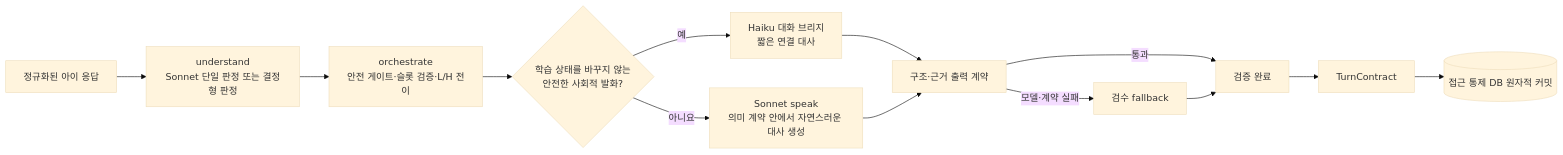
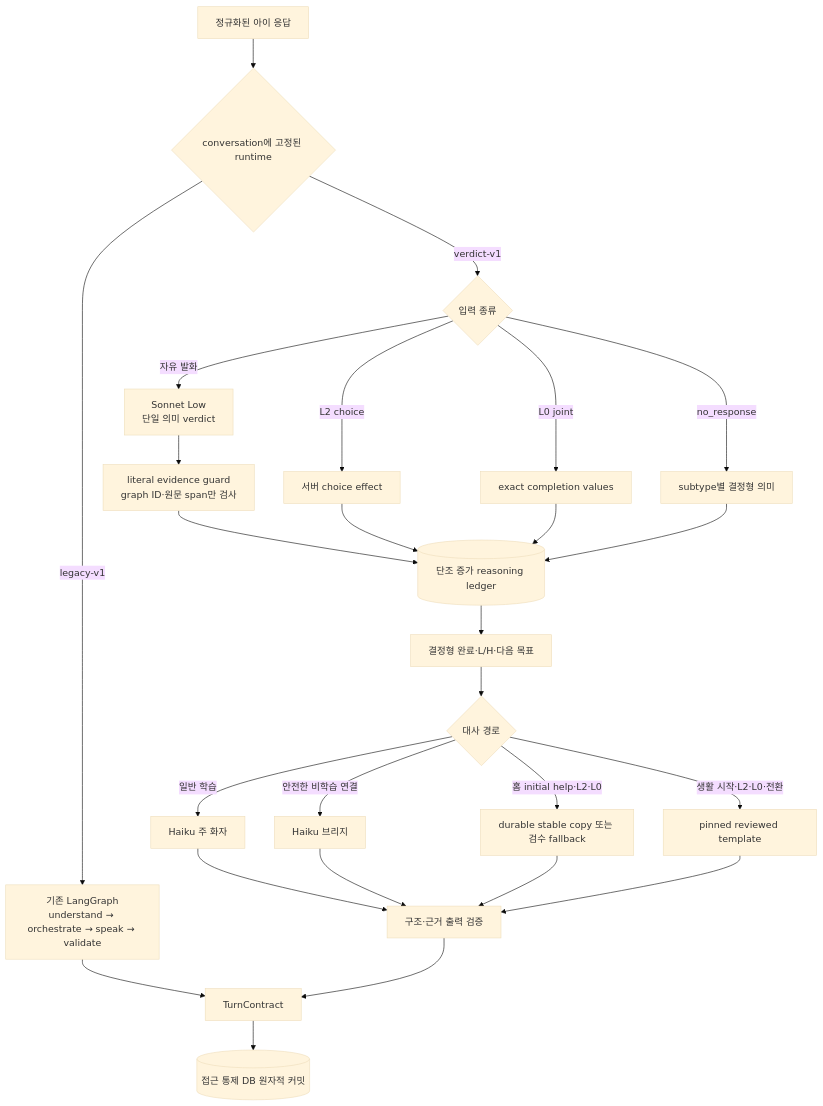
One commit to flyai-y2s2/Mormi-AI changed the second of 2 diagrams in docs/ARCHITECTURE.md. Above: the diagram before and after it, drawn with Mermaid (base theme). The commit also changed other lines of this file and 76 other files, not shown here.

Commit message:
refactor: add verdict-based dialogue runtime v2 (#50)

````diff
--- a/docs/ARCHITECTURE.md
+++ b/docs/ARCHITECTURE.md
@@ -170,15 +216,28 @@
 ```mermaid
-flowchart LR
-    A["정규화된 아이 응답"] --> B["understand\nSonnet 단일 판정 또는 결정형 판정"]
-    B --> C["orchestrate\n안전 게이트·슬롯 검증·L/H 전이"]
-    C --> H{"학습 상태를 바꾸지 않는\n안전한 사회적 발화?"}
-    H -- "예" --> I["Haiku 대화 브리지\n짧은 연결 대사"]
-    H -- "아니요" --> D["Sonnet speak\n의미 계약 안에서 자연스러운 대사 생성"]
-    I --> E["구조·근거 출력 계약"]
-    D --> E
-    E -- "통과" --> J["검증 완료"]
-    E -- "모델·계약 실패" --> K["검수 fallback"]
-    K --> J
-    J --> F["TurnContract"]
-    F --> G[("접근 통제 DB 원자적 커밋")]
+flowchart TD
+    A["정규화된 아이 응답"] --> R{"conversation에 고정된 runtime"}
+    R -- "legacy-v1" --> LG["기존 LangGraph\nunderstand → orchestrate → speak → validate"]
+    R -- "verdict-v1" --> K{"입력 종류"}
+    K -- "자유 발화" --> U["Sonnet Low\n단일 의미 verdict"]
+    U --> E["literal evidence guard\ngraph ID·원문 span만 검사"]
+    E --> L[("단조 증가 reasoning ledger")]
+    K -- "L2 choice" --> C["서버 choice effect"]
+    K -- "L0 joint" --> J["exact completion values"]
+    K -- "no_response" --> N["subtype별 결정형 의미"]
+    C --> L
+    J --> L
+    N --> L
+    L --> D["결정형 완료·L/H·다음 목표"]
+    D --> S{"대사 경로"}
+    S -- "일반 학습" --> SL["Haiku 주 화자"]
+    S -- "안전한 비학습 연결" --> H["Haiku 브리지"]
+    S -- "홈 initial help·L2·L0" --> SC["durable stable copy 또는 검수 fallback"]
+    S -- "생활 시작·L2·L0·전환" --> RC["pinned reviewed template"]
+    LG --> T["TurnContract"]
+    SL --> V["구조·근거 출력 검증"]
+    H --> V
+    SC --> V
+    RC --> V
+    V --> T
+    T --> DB[("접근 통제 DB 원자적 커밋")]
 ```
````
